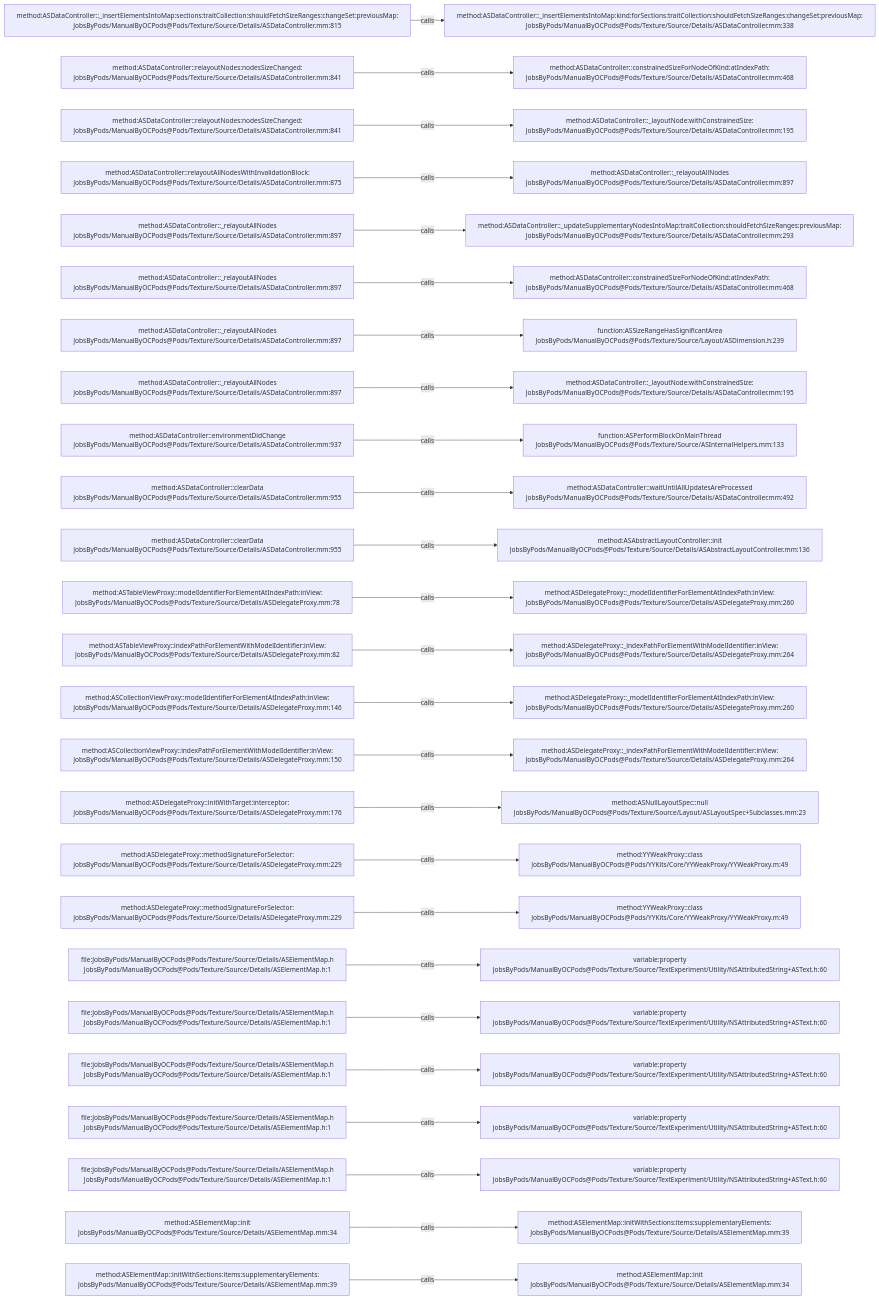
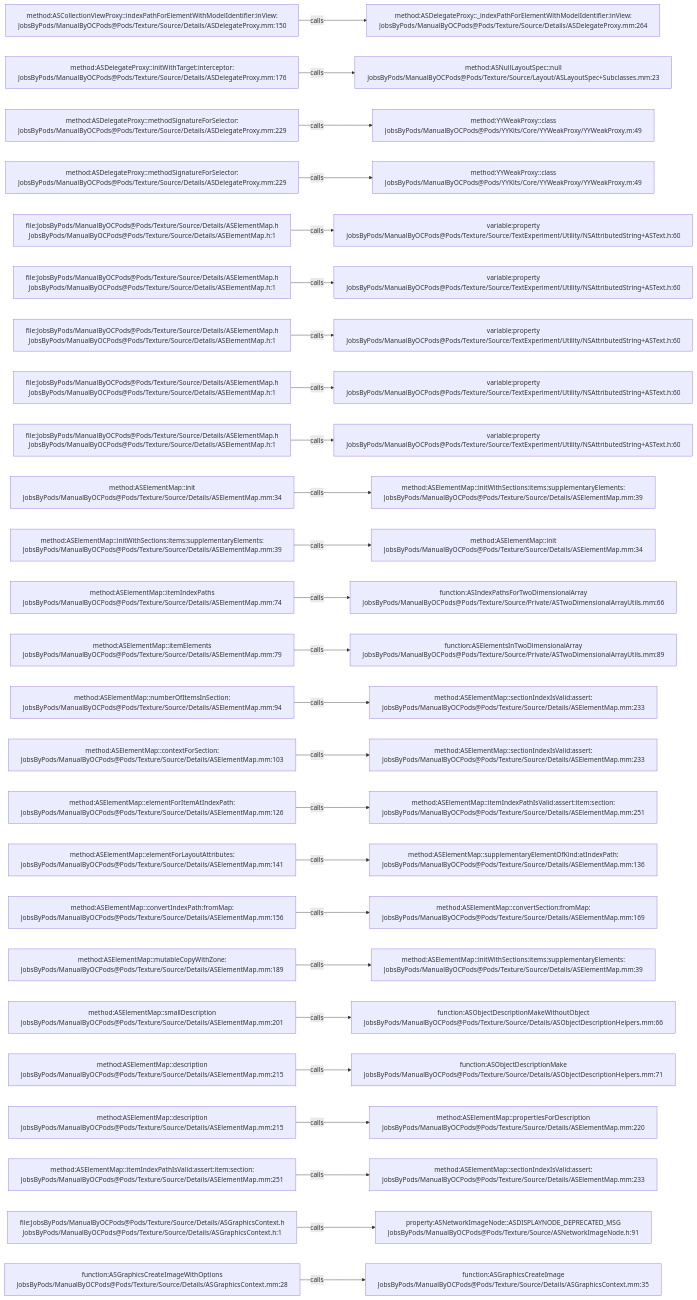
Before and after one commit to JobsKits/JobsOCBaseConfigDemo: the diagram in .codegraph/codegraph.md/graphs/calls-158.md, drawn with Mermaid. The commit also changed 296 other files, not shown here.

````diff
--- a/.codegraph/codegraph.md/graphs/calls-158.md
+++ b/.codegraph/codegraph.md/graphs/calls-158.md
@@ -13,78 +13,78 @@
 ```mermaid
 flowchart LR
-  S1["method:ASDataController::_insertElementsIntoMap:sections:traitCollection:shouldFetchSizeRanges:changeSet:previousMap:<br/>JobsByPods/ManualByOCPods@Pods/Texture/Source/Details/ASDataController.mm:815"]
-  T1["method:ASDataController::_insertElementsIntoMap:kind:forSections:traitCollection:shouldFetchSizeRanges:changeSet:previousMap:<br/>JobsByPods/ManualByOCPods@Pods/Texture/Source/Details/ASDataController.mm:338"]
+  S1["method:ASCollectionViewProxy::indexPathForElementWithModelIdentifier:inView:<br/>JobsByPods/ManualByOCPods@Pods/Texture/Source/Details/ASDelegateProxy.mm:150"]
+  T1["method:ASDelegateProxy::_indexPathForElementWithModelIdentifier:inView:<br/>JobsByPods/ManualByOCPods@Pods/Texture/Source/Details/ASDelegateProxy.mm:264"]
   S1 -->|calls| T1
-  S2["method:ASDataController::relayoutNodes:nodesSizeChanged:<br/>JobsByPods/ManualByOCPods@Pods/Texture/Source/Details/ASDataController.mm:841"]
-  T2["method:ASDataController::constrainedSizeForNodeOfKind:atIndexPath:<br/>JobsByPods/ManualByOCPods@Pods/Texture/Source/Details/ASDataController.mm:468"]
+  S2["method:ASDelegateProxy::initWithTarget:interceptor:<br/>JobsByPods/ManualByOCPods@Pods/Texture/Source/Details/ASDelegateProxy.mm:176"]
+  T2["method:ASNullLayoutSpec::null<br/>JobsByPods/ManualByOCPods@Pods/Texture/Source/Layout/ASLayoutSpec+Subclasses.mm:23"]
   S2 -->|calls| T2
-  S3["method:ASDataController::relayoutNodes:nodesSizeChanged:<br/>JobsByPods/ManualByOCPods@Pods/Texture/Source/Details/ASDataController.mm:841"]
-  T3["method:ASDataController::_layoutNode:withConstrainedSize:<br/>JobsByPods/ManualByOCPods@Pods/Texture/Source/Details/ASDataController.mm:195"]
+  S3["method:ASDelegateProxy::methodSignatureForSelector:<br/>JobsByPods/ManualByOCPods@Pods/Texture/Source/Details/ASDelegateProxy.mm:229"]
+  T3["method:YYWeakProxy::class<br/>JobsByPods/ManualByOCPods@Pods/YYKits/Core/YYWeakProxy/YYWeakProxy.m:49"]
   S3 -->|calls| T3
-  S4["method:ASDataController::relayoutAllNodesWithInvalidationBlock:<br/>JobsByPods/ManualByOCPods@Pods/Texture/Source/Details/ASDataController.mm:875"]
-  T4["method:ASDataController::_relayoutAllNodes<br/>JobsByPods/ManualByOCPods@Pods/Texture/Source/Details/ASDataController.mm:897"]
+  S4["method:ASDelegateProxy::methodSignatureForSelector:<br/>JobsByPods/ManualByOCPods@Pods/Texture/Source/Details/ASDelegateProxy.mm:229"]
+  T4["method:YYWeakProxy::class<br/>JobsByPods/ManualByOCPods@Pods/YYKits/Core/YYWeakProxy/YYWeakProxy.m:49"]
   S4 -->|calls| T4
-  S5["method:ASDataController::_relayoutAllNodes<br/>JobsByPods/ManualByOCPods@Pods/Texture/Source/Details/ASDataController.mm:897"]
-  T5["method:ASDataController::_updateSupplementaryNodesIntoMap:traitCollection:shouldFetchSizeRanges:previousMap:<br/>JobsByPods/ManualByOCPods@Pods/Texture/Source/Details/ASDataController.mm:293"]
+  S5["file:JobsByPods/ManualByOCPods@Pods/Texture/Source/Details/ASElementMap.h<br/>JobsByPods/ManualByOCPods@Pods/Texture/Source/Details/ASElementMap.h:1"]
+  T5["variable:property<br/>JobsByPods/ManualByOCPods@Pods/Texture/Source/TextExperiment/Utility/NSAttributedString+ASText.h:60"]
   S5 -->|calls| T5
-  S6["method:ASDataController::_relayoutAllNodes<br/>JobsByPods/ManualByOCPods@Pods/Texture/Source/Details/ASDataController.mm:897"]
-  T6["method:ASDataController::constrainedSizeForNodeOfKind:atIndexPath:<br/>JobsByPods/ManualByOCPods@Pods/Texture/Source/Details/ASDataController.mm:468"]
+  S6["file:JobsByPods/ManualByOCPods@Pods/Texture/Source/Details/ASElementMap.h<br/>JobsByPods/ManualByOCPods@Pods/Texture/Source/Details/ASElementMap.h:1"]
+  T6["variable:property<br/>JobsByPods/ManualByOCPods@Pods/Texture/Source/TextExperiment/Utility/NSAttributedString+ASText.h:60"]
   S6 -->|calls| T6
-  S7["method:ASDataController::_relayoutAllNodes<br/>JobsByPods/ManualByOCPods@Pods/Texture/Source/Details/ASDataController.mm:897"]
-  T7["function:ASSizeRangeHasSignificantArea<br/>JobsByPods/ManualByOCPods@Pods/Texture/Source/Layout/ASDimension.h:239"]
+  S7["file:JobsByPods/ManualByOCPods@Pods/Texture/Source/Details/ASElementMap.h<br/>JobsByPods/ManualByOCPods@Pods/Texture/Source/Details/ASElementMap.h:1"]
+  T7["variable:property<br/>JobsByPods/ManualByOCPods@Pods/Texture/Source/TextExperiment/Utility/NSAttributedString+ASText.h:60"]
   S7 -->|calls| T7
-  S8["method:ASDataController::_relayoutAllNodes<br/>JobsByPods/ManualByOCPods@Pods/Texture/Source/Details/ASDataController.mm:897"]
-  T8["method:ASDataController::_layoutNode:withConstrainedSize:<br/>JobsByPods/ManualByOCPods@Pods/Texture/Source/Details/ASDataController.mm:195"]
+  S8["file:JobsByPods/ManualByOCPods@Pods/Texture/Source/Details/ASElementMap.h<br/>JobsByPods/ManualByOCPods@Pods/Texture/Source/Details/ASElementMap.h:1"]
+  T8["variable:property<br/>JobsByPods/ManualByOCPods@Pods/Texture/Source/TextExperiment/Utility/NSAttributedString+ASText.h:60"]
   S8 -->|calls| T8
-  S9["method:ASDataController::environmentDidChange<br/>JobsByPods/ManualByOCPods@Pods/Texture/Source/Details/ASDataController.mm:937"]
-  T9["function:ASPerformBlockOnMainThread<br/>JobsByPods/ManualByOCPods@Pods/Texture/Source/ASInternalHelpers.mm:133"]
+  S9["file:JobsByPods/ManualByOCPods@Pods/Texture/Source/Details/ASElementMap.h<br/>JobsByPods/ManualByOCPods@Pods/Texture/Source/Details/ASElementMap.h:1"]
+  T9["variable:property<br/>JobsByPods/ManualByOCPods@Pods/Texture/Source/TextExperiment/Utility/NSAttributedString+ASText.h:60"]
   S9 -->|calls| T9
-  S10["method:ASDataController::clearData<br/>JobsByPods/ManualByOCPods@Pods/Texture/Source/Details/ASDataController.mm:955"]
-  T10["method:ASDataController::waitUntilAllUpdatesAreProcessed<br/>JobsByPods/ManualByOCPods@Pods/Texture/Source/Details/ASDataController.mm:492"]
+  S10["method:ASElementMap::init<br/>JobsByPods/ManualByOCPods@Pods/Texture/Source/Details/ASElementMap.mm:34"]
+  T10["method:ASElementMap::initWithSections:items:supplementaryElements:<br/>JobsByPods/ManualByOCPods@Pods/Texture/Source/Details/ASElementMap.mm:39"]
   S10 -->|calls| T10
-  S11["method:ASDataController::clearData<br/>JobsByPods/ManualByOCPods@Pods/Texture/Source/Details/ASDataController.mm:955"]
-  T11["method:ASAbstractLayoutController::init<br/>JobsByPods/ManualByOCPods@Pods/Texture/Source/Details/ASAbstractLayoutController.mm:136"]
+  S11["method:ASElementMap::initWithSections:items:supplementaryElements:<br/>JobsByPods/ManualByOCPods@Pods/Texture/Source/Details/ASElementMap.mm:39"]
+  T11["method:ASElementMap::init<br/>JobsByPods/ManualByOCPods@Pods/Texture/Source/Details/ASElementMap.mm:34"]
   S11 -->|calls| T11
-  S12["method:ASTableViewProxy::modelIdentifierForElementAtIndexPath:inView:<br/>JobsByPods/ManualByOCPods@Pods/Texture/Source/Details/ASDelegateProxy.mm:78"]
-  T12["method:ASDelegateProxy::_modelIdentifierForElementAtIndexPath:inView:<br/>JobsByPods/ManualByOCPods@Pods/Texture/Source/Details/ASDelegateProxy.mm:260"]
+  S12["method:ASElementMap::itemIndexPaths<br/>JobsByPods/ManualByOCPods@Pods/Texture/Source/Details/ASElementMap.mm:74"]
+  T12["function:ASIndexPathsForTwoDimensionalArray<br/>JobsByPods/ManualByOCPods@Pods/Texture/Source/Private/ASTwoDimensionalArrayUtils.mm:66"]
   S12 -->|calls| T12
-  S13["method:ASTableViewProxy::indexPathForElementWithModelIdentifier:inView:<br/>JobsByPods/ManualByOCPods@Pods/Texture/Source/Details/ASDelegateProxy.mm:82"]
-  T13["method:ASDelegateProxy::_indexPathForElementWithModelIdentifier:inView:<br/>JobsByPods/ManualByOCPods@Pods/Texture/Source/Details/ASDelegateProxy.mm:264"]
+  S13["method:ASElementMap::itemElements<br/>JobsByPods/ManualByOCPods@Pods/Texture/Source/Details/ASElementMap.mm:79"]
+  T13["function:ASElementsInTwoDimensionalArray<br/>JobsByPods/ManualByOCPods@Pods/Texture/Source/Private/ASTwoDimensionalArrayUtils.mm:89"]
   S13 -->|calls| T13
-  S14["method:ASCollectionViewProxy::modelIdentifierForElementAtIndexPath:inView:<br/>JobsByPods/ManualByOCPods@Pods/Texture/Source/Details/ASDelegateProxy.mm:146"]
-  T14["method:ASDelegateProxy::_modelIdentifierForElementAtIndexPath:inView:<br/>JobsByPods/ManualByOCPods@Pods/Texture/Source/Details/ASDelegateProxy.mm:260"]
+  S14["method:ASElementMap::numberOfItemsInSection:<br/>JobsByPods/ManualByOCPods@Pods/Texture/Source/Details/ASElementMap.mm:94"]
+  T14["method:ASElementMap::sectionIndexIsValid:assert:<br/>JobsByPods/ManualByOCPods@Pods/Texture/Source/Details/ASElementMap.mm:233"]
   S14 -->|calls| T14
-  S15["method:ASCollectionViewProxy::indexPathForElementWithModelIdentifier:inView:<br/>JobsByPods/ManualByOCPods@Pods/Texture/Source/Details/ASDelegateProxy.mm:150"]
-  T15["method:ASDelegateProxy::_indexPathForElementWithModelIdentifier:inView:<br/>JobsByPods/ManualByOCPods@Pods/Texture/Source/Details/ASDelegateProxy.mm:264"]
+  S15["method:ASElementMap::contextForSection:<br/>JobsByPods/ManualByOCPods@Pods/Texture/Source/Details/ASElementMap.mm:103"]
+  T15["method:ASElementMap::sectionIndexIsValid:assert:<br/>JobsByPods/ManualByOCPods@Pods/Texture/Source/Details/ASElementMap.mm:233"]
   S15 -->|calls| T15
-  S16["method:ASDelegateProxy::initWithTarget:interceptor:<br/>JobsByPods/ManualByOCPods@Pods/Texture/Source/Details/ASDelegateProxy.mm:176"]
-  T16["method:ASNullLayoutSpec::null<br/>JobsByPods/ManualByOCPods@Pods/Texture/Source/Layout/ASLayoutSpec+Subclasses.mm:23"]
+  S16["method:ASElementMap::elementForItemAtIndexPath:<br/>JobsByPods/ManualByOCPods@Pods/Texture/Source/Details/ASElementMap.mm:126"]
+  T16["method:ASElementMap::itemIndexPathIsValid:assert:item:section:<br/>JobsByPods/ManualByOCPods@Pods/Texture/Source/Details/ASElementMap.mm:251"]
   S16 -->|calls| T16
-  S17["method:ASDelegateProxy::methodSignatureForSelector:<br/>JobsByPods/ManualByOCPods@Pods/Texture/Source/Details/ASDelegateProxy.mm:229"]
-  T17["method:YYWeakProxy::class<br/>JobsByPods/ManualByOCPods@Pods/YYKits/Core/YYWeakProxy/YYWeakProxy.m:49"]
+  S17["method:ASElementMap::elementForLayoutAttributes:<br/>JobsByPods/ManualByOCPods@Pods/Texture/Source/Details/ASElementMap.mm:141"]
+  T17["method:ASElementMap::supplementaryElementOfKind:atIndexPath:<br/>JobsByPods/ManualByOCPods@Pods/Texture/Source/Details/ASElementMap.mm:136"]
   S17 -->|calls| T17
-  S18["method:ASDelegateProxy::methodSignatureForSelector:<br/>JobsByPods/ManualByOCPods@Pods/Texture/Source/Details/ASDelegateProxy.mm:229"]
-  T18["method:YYWeakProxy::class<br/>JobsByPods/ManualByOCPods@Pods/YYKits/Core/YYWeakProxy/YYWeakProxy.m:49"]
+  S18["method:ASElementMap::convertIndexPath:fromMap:<br/>JobsByPods/ManualByOCPods@Pods/Texture/Source/Details/ASElementMap.mm:156"]
+  T18["method:ASElementMap::convertSection:fromMap:<br/>JobsByPods/ManualByOCPods@Pods/Texture/Source/Details/ASElementMap.mm:169"]
   S18 -->|calls| T18
-  S19["file:JobsByPods/ManualByOCPods@Pods/Texture/Source/Details/ASElementMap.h<br/>JobsByPods/ManualByOCPods@Pods/Texture/Source/Details/ASElementMap.h:1"]
-  T19["variable:property<br/>JobsByPods/ManualByOCPods@Pods/Texture/Source/TextExperiment/Utility/NSAttributedString+ASText.h:60"]
+  S19["method:ASElementMap::mutableCopyWithZone:<br/>JobsByPods/ManualByOCPods@Pods/Texture/Source/Details/ASElementMap.mm:189"]
+  T19["method:ASElementMap::initWithSections:items:supplementaryElements:<br/>JobsByPods/ManualByOCPods@Pods/Texture/Source/Details/ASElementMap.mm:39"]
   S19 -->|calls| T19
-  S20["file:JobsByPods/ManualByOCPods@Pods/Texture/Source/Details/ASElementMap.h<br/>JobsByPods/ManualByOCPods@Pods/Texture/Source/Details/ASElementMap.h:1"]
-  T20["variable:property<br/>JobsByPods/ManualByOCPods@Pods/Texture/Source/TextExperiment/Utility/NSAttributedString+ASText.h:60"]
+  S20["method:ASElementMap::smallDescription<br/>JobsByPods/ManualByOCPods@Pods/Texture/Source/Details/ASElementMap.mm:201"]
+  T20["function:ASObjectDescriptionMakeWithoutObject<br/>JobsByPods/ManualByOCPods@Pods/Texture/Source/Details/ASObjectDescriptionHelpers.mm:66"]
   S20 -->|calls| T20
-  S21["file:JobsByPods/ManualByOCPods@Pods/Texture/Source/Details/ASElementMap.h<br/>JobsByPods/ManualByOCPods@Pods/Texture/Source/Details/ASElementMap.h:1"]
-  T21["variable:property<br/>JobsByPods/ManualByOCPods@Pods/Texture/Source/TextExperiment/Utility/NSAttributedString+ASText.h:60"]
+  S21["method:ASElementMap::description<br/>JobsByPods/ManualByOCPods@Pods/Texture/Source/Details/ASElementMap.mm:215"]
+  T21["function:ASObjectDescriptionMake<br/>JobsByPods/ManualByOCPods@Pods/Texture/Source/Details/ASObjectDescriptionHelpers.mm:71"]
   S21 -->|calls| T21
-  S22["file:JobsByPods/ManualByOCPods@Pods/Texture/Source/Details/ASElementMap.h<br/>JobsByPods/ManualByOCPods@Pods/Texture/Source/Details/ASElementMap.h:1"]
-  T22["variable:property<br/>JobsByPods/ManualByOCPods@Pods/Texture/Source/TextExperiment/Utility/NSAttributedString+ASText.h:60"]
+  S22["method:ASElementMap::description<br/>JobsByPods/ManualByOCPods@Pods/Texture/Source/Details/ASElementMap.mm:215"]
+  T22["method:ASElementMap::propertiesForDescription<br/>JobsByPods/ManualByOCPods@Pods/Texture/Source/Details/ASElementMap.mm:220"]
   S22 -->|calls| T22
-  S23["file:JobsByPods/ManualByOCPods@Pods/Texture/Source/Details/ASElementMap.h<br/>JobsByPods/ManualByOCPods@Pods/Texture/Source/Details/ASElementMap.h:1"]
-  T23["variable:property<br/>JobsByPods/ManualByOCPods@Pods/Texture/Source/TextExperiment/Utility/NSAttributedString+ASText.h:60"]
+  S23["method:ASElementMap::itemIndexPathIsValid:assert:item:section:<br/>JobsByPods/ManualByOCPods@Pods/Texture/Source/Details/ASElementMap.mm:251"]
+  T23["method:ASElementMap::sectionIndexIsValid:assert:<br/>JobsByPods/ManualByOCPods@Pods/Texture/Source/Details/ASElementMap.mm:233"]
   S23 -->|calls| T23
-  S24["method:ASElementMap::init<br/>JobsByPods/ManualByOCPods@Pods/Texture/Source/Details/ASElementMap.mm:34"]
-  T24["method:ASElementMap::initWithSections:items:supplementaryElements:<br/>JobsByPods/ManualByOCPods@Pods/Texture/Source/Details/ASElementMap.mm:39"]
+  S24["file:JobsByPods/ManualByOCPods@Pods/Texture/Source/Details/ASGraphicsContext.h<br/>JobsByPods/ManualByOCPods@Pods/Texture/Source/Details/ASGraphicsContext.h:1"]
+  T24["property:ASNetworkImageNode::ASDISPLAYNODE_DEPRECATED_MSG<br/>JobsByPods/ManualByOCPods@Pods/Texture/Source/ASNetworkImageNode.h:91"]
   S24 -->|calls| T24
-  S25["method:ASElementMap::initWithSections:items:supplementaryElements:<br/>JobsByPods/ManualByOCPods@Pods/Texture/Source/Details/ASElementMap.mm:39"]
-  T25["method:ASElementMap::init<br/>JobsByPods/ManualByOCPods@Pods/Texture/Source/Details/ASElementMap.mm:34"]
+  S25["function:ASGraphicsCreateImageWithOptions<br/>JobsByPods/ManualByOCPods@Pods/Texture/Source/Details/ASGraphicsContext.mm:28"]
+  T25["function:ASGraphicsCreateImage<br/>JobsByPods/ManualByOCPods@Pods/Texture/Source/Details/ASGraphicsContext.mm:35"]
   S25 -->|calls| T25
 ```
````
